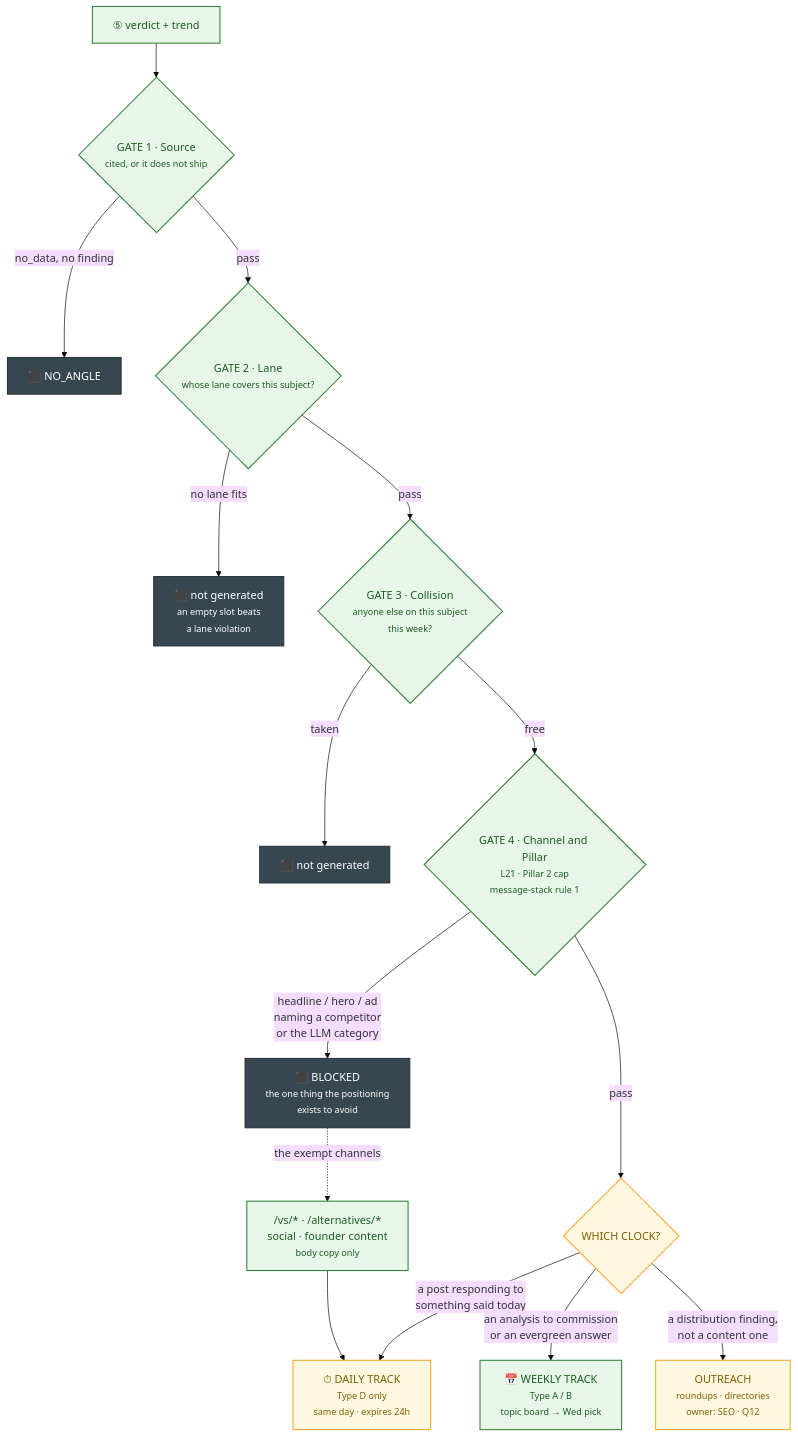
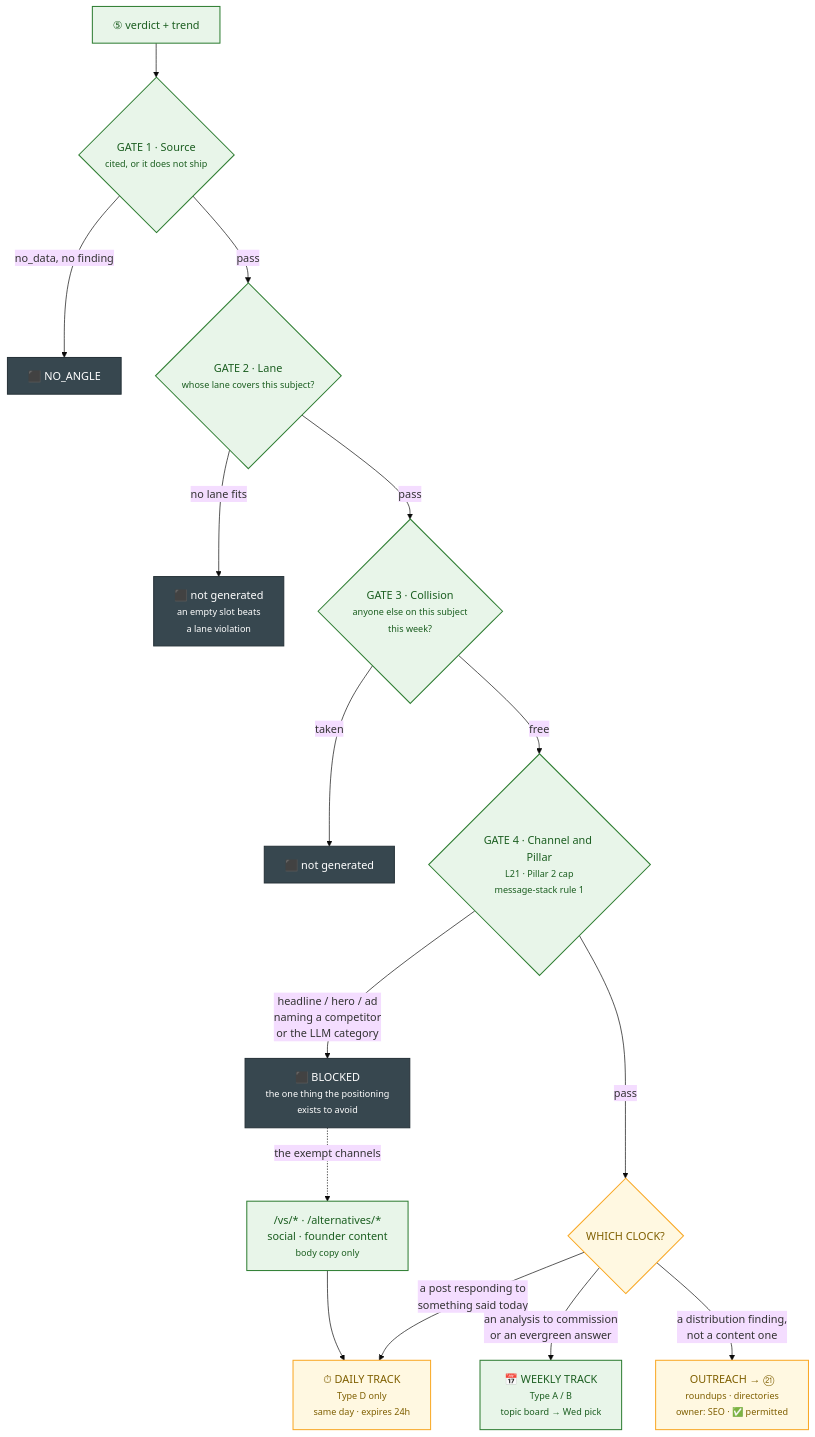
One commit to rathishreya/Caspr changed the fifth of 21 diagrams in docs/gtm/content-engine-flowchart.md. Above: the diagram before and after it, drawn with Mermaid (base theme). The commit also changed other lines of this file and 2 other files, not shown here.

````diff
--- a/docs/gtm/content-engine-flowchart.md
+++ b/docs/gtm/content-engine-flowchart.md
@@ -290,33 +290,33 @@
 ```mermaid
 flowchart TD
     IN["⑤ verdict + trend"] --> G1{"GATE 1 · Source<br/><small>cited, or it does not ship</small>"}
     G1 -->|"no_data, no finding"| X1["⬛ NO_ANGLE"]
     G1 -->|"pass"| G2
 
     G2{"GATE 2 · Lane<br/><small>whose lane covers this subject?</small>"}
     G2 -->|"no lane fits"| X2["⬛ not generated<br/><small>an empty slot beats<br/>a lane violation</small>"]
     G2 -->|"pass"| G3
 
     G3{"GATE 3 · Collision<br/><small>anyone else on this subject<br/>this week?</small>"}
     G3 -->|"taken"| X3["⬛ not generated"]
     G3 -->|"free"| G4
 
     G4{"GATE 4 · Channel and Pillar<br/><small>L21 · Pillar 2 cap<br/>message-stack rule 1</small>"}
     G4 -->|"headline / hero / ad<br/>naming a competitor<br/>or the LLM category"| X4["⬛ BLOCKED<br/><small>the one thing the positioning<br/>exists to avoid</small>"]
     G4 -->|"pass"| ROUTE
 
     ROUTE{"WHICH CLOCK?"}
     ROUTE -->|"a post responding to<br/>something said today"| D["⏱ DAILY TRACK<br/><small>Type D only<br/>same day · expires 24h</small>"]
     ROUTE -->|"an analysis to commission<br/>or an evergreen answer"| W["📅 WEEKLY TRACK<br/><small>Type A / B<br/>topic board → Wed pick</small>"]
-    ROUTE -->|"a distribution finding,<br/>not a content one"| O["OUTREACH<br/><small>roundups · directories<br/>owner: SEO · Q12</small>"]
+    ROUTE -->|"a distribution finding,<br/>not a content one"| O["OUTREACH → ㉑<br/><small>roundups · directories<br/>owner: SEO · ✅ permitted</small>"]
 
     X4 -.->|"the exempt channels"| EX["/vs/* · /alternatives/*<br/>social · founder content<br/><small>body copy only</small>"]
     EX --> D
 
     classDef joy fill:#e8f5e9,stroke:#2e7d32,stroke-width:1.5px,color:#1b5e20
     classDef new fill:#fff8e1,stroke:#f9a825,stroke-width:1.5px,color:#7f5f00
     classDef stop fill:#37474f,stroke:#263238,stroke-width:1.5px,color:#ffffff
     class IN,G1,G2,G3,G4,W,EX joy
     class ROUTE,D,O new
     class X1,X2,X3,X4 stop
 ```
````
